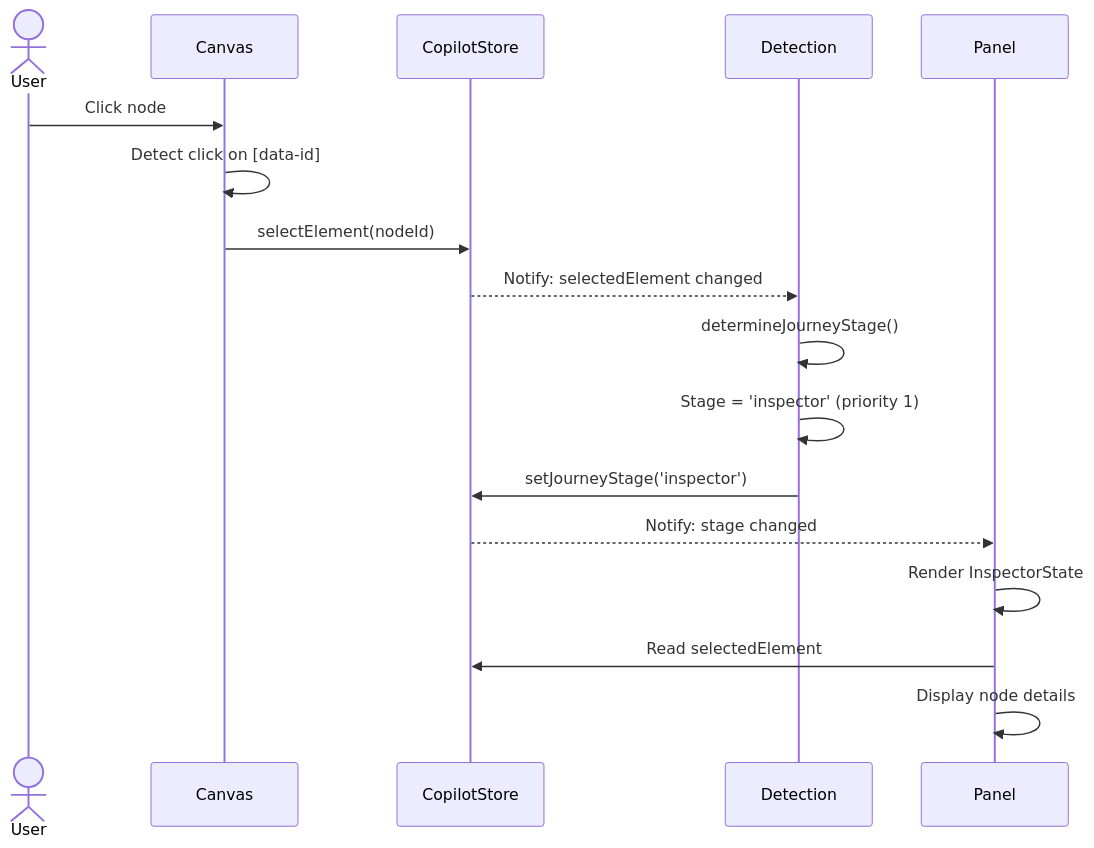
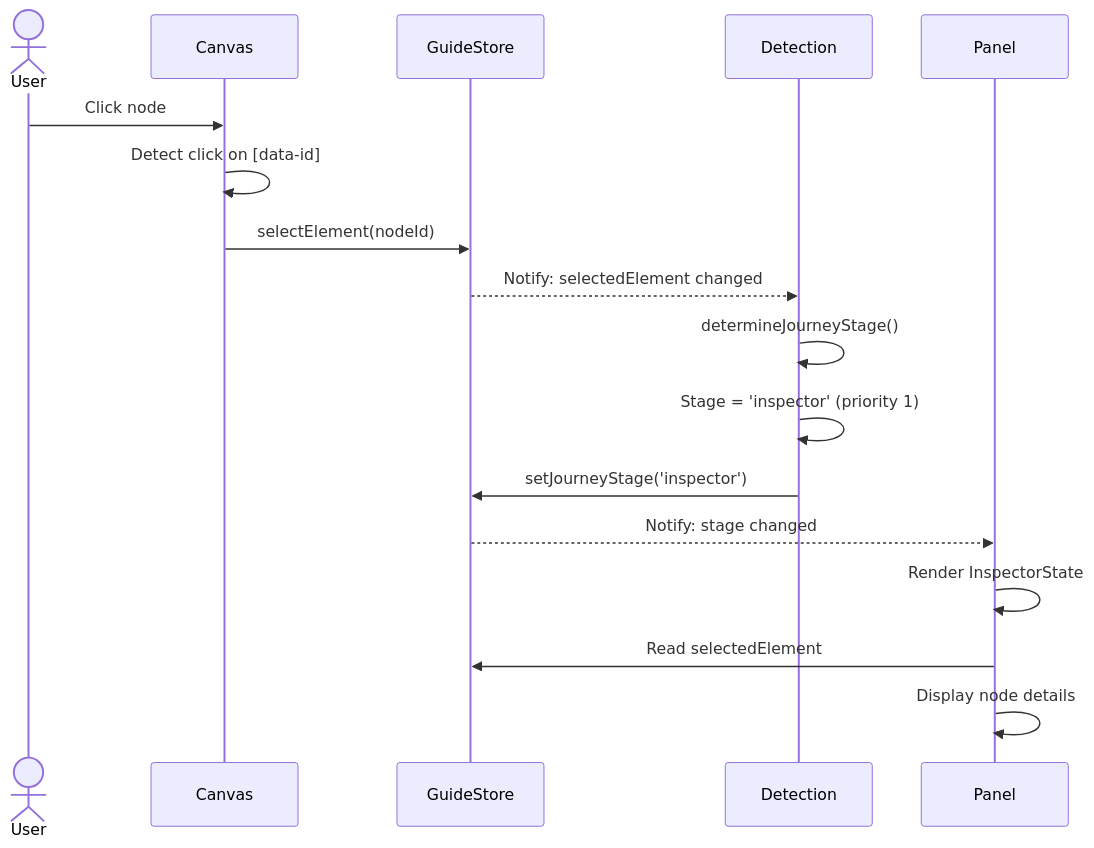
The eighth of 11 diagrams in src/pages/sandbox-guide/ARCHITECTURE.md (Talchain/DecisionGuideAI), drawn with Mermaid before and after one commit. The commit also changed other lines of this file and 32 other files, not shown here.

First line of the commit message:
refactor(guide): update all file contents from Copilot to Guide

````diff
--- a/src/pages/sandbox-guide/ARCHITECTURE.md
+++ b/src/pages/sandbox-guide/ARCHITECTURE.md
@@ -438,22 +438,22 @@
 ```mermaid
 sequenceDiagram
     actor User
     participant Canvas
-    participant CopilotStore
+    participant GuideStore
     participant Detection
     participant Panel
 
     User->>Canvas: Click node
     Canvas->>Canvas: Detect click on [data-id]
-    Canvas->>CopilotStore: selectElement(nodeId)
+    Canvas->>GuideStore: selectElement(nodeId)
 
-    CopilotStore-->>Detection: Notify: selectedElement changed
+    GuideStore-->>Detection: Notify: selectedElement changed
     Detection->>Detection: determineJourneyStage()
     Detection->>Detection: Stage = 'inspector' (priority 1)
-    Detection->>CopilotStore: setJourneyStage('inspector')
+    Detection->>GuideStore: setJourneyStage('inspector')
 
-    CopilotStore-->>Panel: Notify: stage changed
+    GuideStore-->>Panel: Notify: stage changed
     Panel->>Panel: Render InspectorState
-    Panel->>CopilotStore: Read selectedElement
+    Panel->>GuideStore: Read selectedElement
     Panel->>Panel: Display node details
 ```
````
